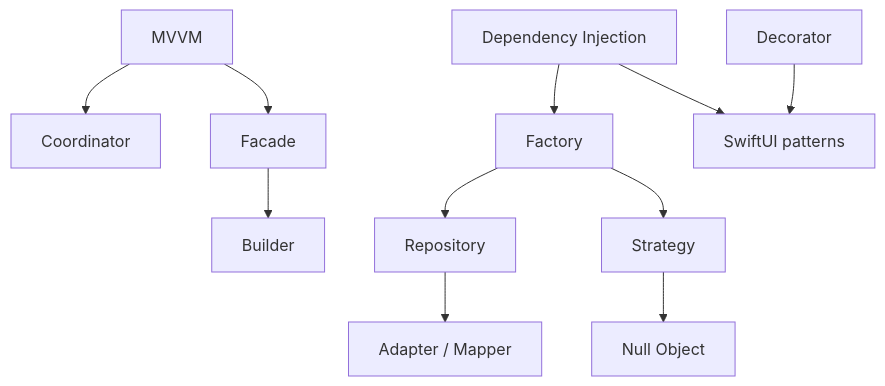
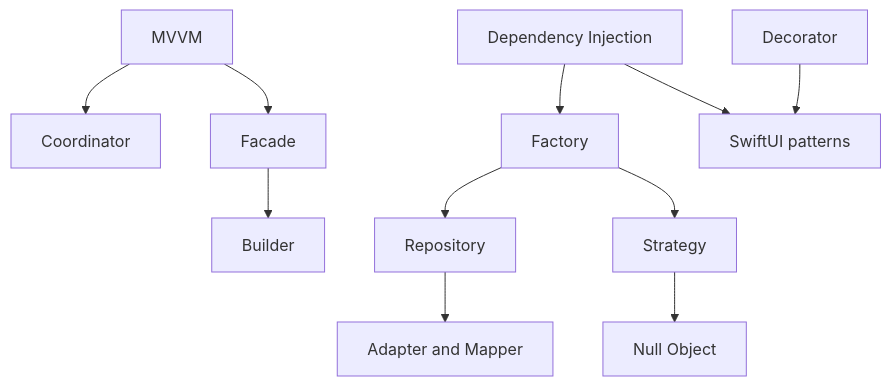
Before and after one commit to nguyenquanghuy22041990/FocusUp: the diagram in docs/interview-guide/design-patterns/README.md, drawn with Mermaid. The commit also changed 30 other files, not shown here.

````diff
--- a/docs/interview-guide/design-patterns/README.md
+++ b/docs/interview-guide/design-patterns/README.md
@@ -41,13 +41,13 @@
 ```mermaid
 flowchart TB
     DI[Dependency Injection] --> Factory[Factory]
     Factory --> Repo[Repository]
     Factory --> Strat[Strategy]
     Strat --> Null[Null Object]
     MVVM[MVVM] --> Coord[Coordinator]
     MVVM --> Facade[Facade]
-    Repo --> Adapter[Adapter / Mapper]
+    Repo --> Adapter["Adapter and Mapper"]
     Facade --> Builder[Builder]
     Decorator[Decorator] --> SwiftUI[SwiftUI patterns]
     DI --> SwiftUI
 ```
````
